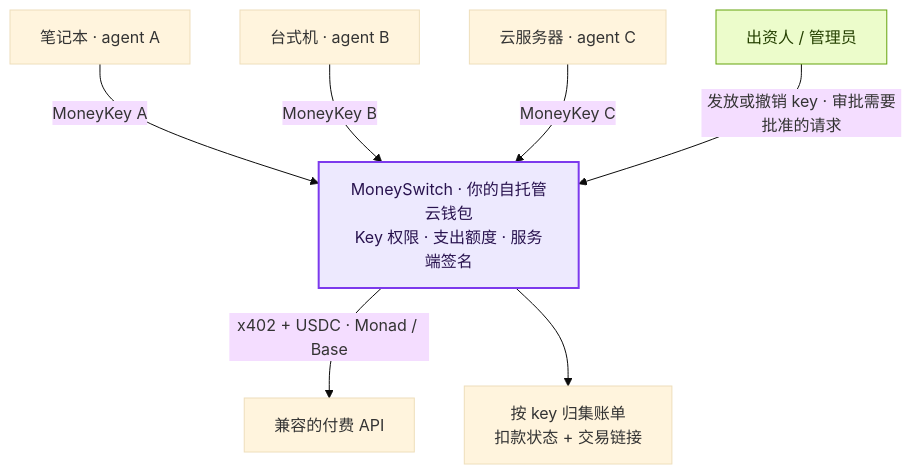
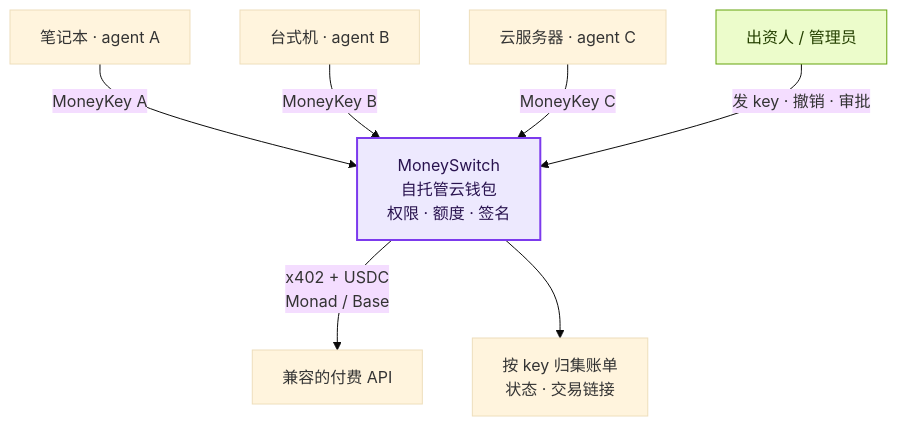
Before and after one commit to dongsheng123132/moneyswitch: the diagram in README.zh-CN.md, drawn with Mermaid (base theme). The commit also changed 1 other file, not shown here.

Commit message:
Keep README architecture labels readable in GitHub diagrams

````diff
--- a/README.zh-CN.md
+++ b/README.zh-CN.md
@@ -36,14 +36,14 @@
 ```mermaid
 flowchart TB
     A["笔记本 · agent A"] -->|MoneyKey A| W
     B["台式机 · agent B"] -->|MoneyKey B| W
     C["云服务器 · agent C"] -->|MoneyKey C| W
-    W["MoneySwitch · 你的自托管云钱包<br/>Key 权限 · 支出额度 · 服务端签名"]
-    H["出资人 / 管理员"] -->|"发放或撤销 key · 审批需要批准的请求"| W
-    W -->|"x402 + USDC · Monad / Base"| S["兼容的付费 API"]
-    W --> L["按 key 归集账单<br/>扣款状态 + 交易链接"]
+    W["MoneySwitch<br/>自托管云钱包<br/>权限 · 额度 · 签名"]
+    H["出资人 / 管理员"] -->|"发 key · 撤销 · 审批"| W
+    W -->|"x402 + USDC<br/>Monad / Base"| S["兼容的付费 API"]
+    W --> L["按 key 归集账单<br/>状态 · 交易链接"]
     classDef wallet fill:#ede9fe,stroke:#7c3aed,color:#29134f,stroke-width:2px
     classDef human fill:#ecfccb,stroke:#65a30d,color:#254000
     class W wallet
     class H human
 ```
````
